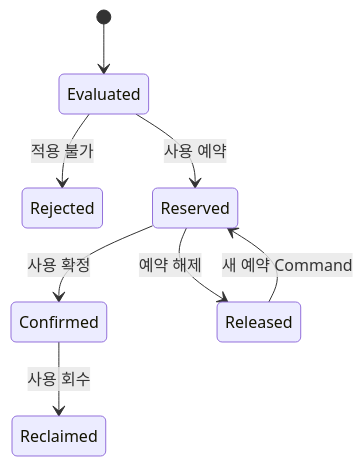
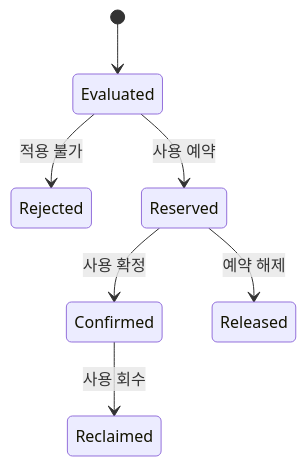
The diagram in blueprint/50-service-design/A_19_coupon/A_19_10-domain-model/redemption.md (Medikong/archive), drawn with Mermaid before and after one commit. The commit also changed other lines of this file and 53 other files, not shown here.

````diff
--- a/blueprint/50-service-design/A_19_coupon/A_19_10-domain-model/redemption.md
+++ b/blueprint/50-service-design/A_19_coupon/A_19_10-domain-model/redemption.md
@@ -39,10 +40,9 @@
 ```mermaid
 stateDiagram-v2
   [*] --> Evaluated
   Evaluated --> Rejected: 적용 불가
   Evaluated --> Reserved: 사용 예약
   Reserved --> Confirmed: 사용 확정
   Reserved --> Released: 예약 해제
   Confirmed --> Reclaimed: 사용 회수
-  Released --> Reserved: 새 예약 Command
 ```
````
